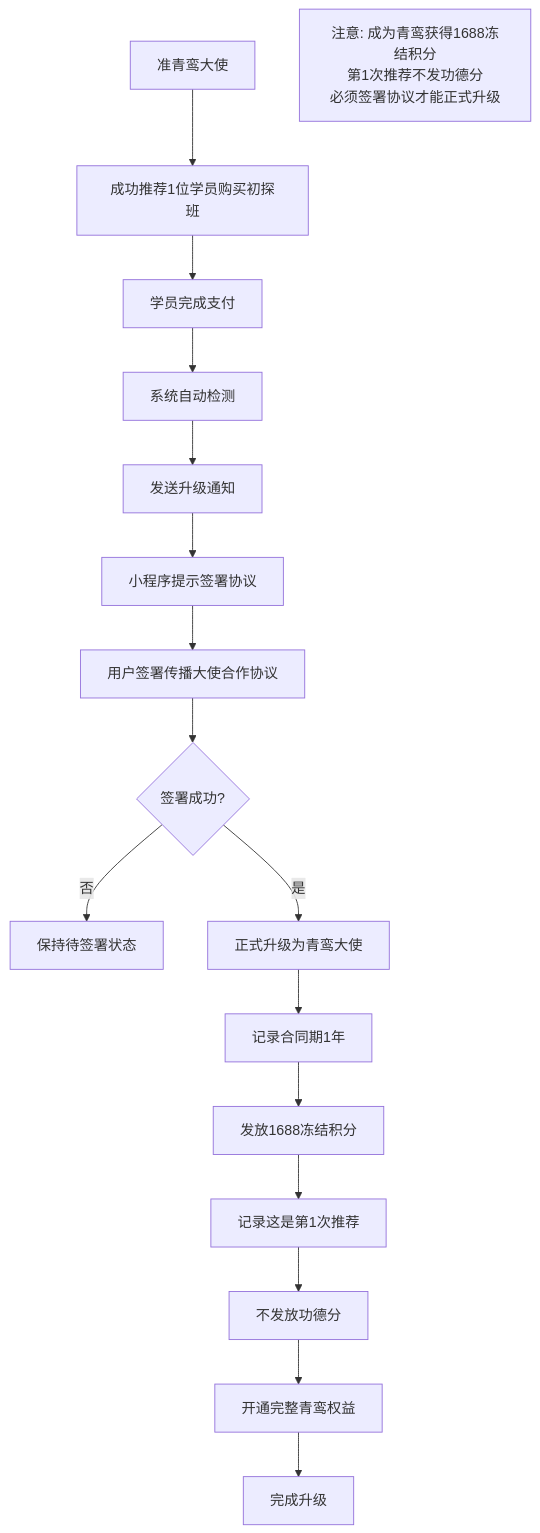
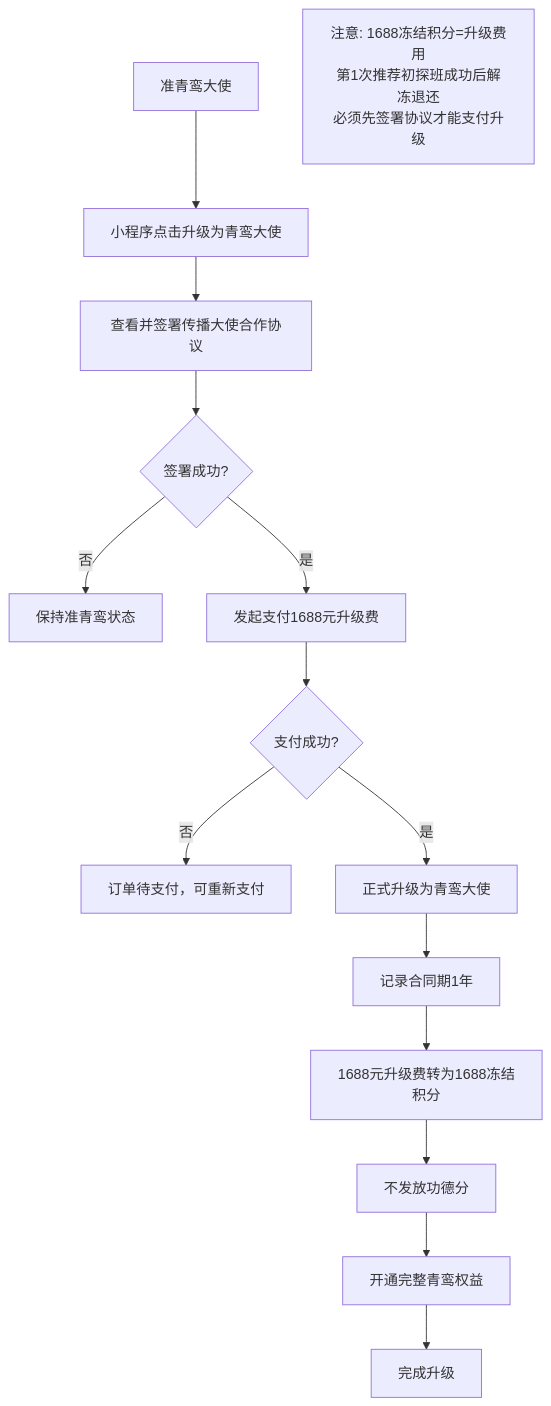
One commit to richenHe/tiandaowenhua_xcx changed the ninth of 21 diagrams in 需求文档-V2.md. Above: the diagram before and after it, drawn with Mermaid. The commit also changed other lines of this file and 77 other files, not shown here.

````diff
--- a/需求文档-V2.md
+++ b/需求文档-V2.md
@@ -1052,20 +1049,18 @@
 ```mermaid
 flowchart TD
-    A[准青鸾大使] --> B[成功推荐1位学员购买初探班]
-    B --> C[学员完成支付]
-    C --> D[系统自动检测]
-    D --> E[发送升级通知]
-    E --> F[小程序提示签署协议]
-    F --> G[用户签署传播大使合作协议]
-    G --> H{签署成功?}
-    H -->|否| I[保持待签署状态]
-    H -->|是| J[正式升级为青鸾大使]
-    J --> K[记录合同期1年]
-    K --> L[发放1688冻结积分]
-    L --> M[记录这是第1次推荐]
-    M --> N[不发放功德分]
-    N --> O[开通完整青鸾权益]
-    O --> P[完成升级]
+    A[准青鸾大使] --> B[小程序点击升级为青鸾大使]
+    B --> C[查看并签署传播大使合作协议]
+    C --> D{签署成功?}
+    D -->|否| E[保持准青鸾状态]
+    D -->|是| F[发起支付1688元升级费]
+    F --> G{支付成功?}
+    G -->|否| H[订单待支付，可重新支付]
+    G -->|是| I[正式升级为青鸾大使]
+    I --> J[记录合同期1年]
+    J --> K[1688元升级费转为1688冻结积分]
+    K --> L[不发放功德分]
+    L --> M[开通完整青鸾权益]
+    M --> N[完成升级]
     
-    note1[注意: 成为青鸾获得1688冻结积分<br/>第1次推荐不发功德分<br/>必须签署协议才能正式升级]
+    note1[注意: 1688冻结积分=升级费用<br/>第1次推荐初探班成功后解冻退还<br/>必须先签署协议才能支付升级]
 ```
````
